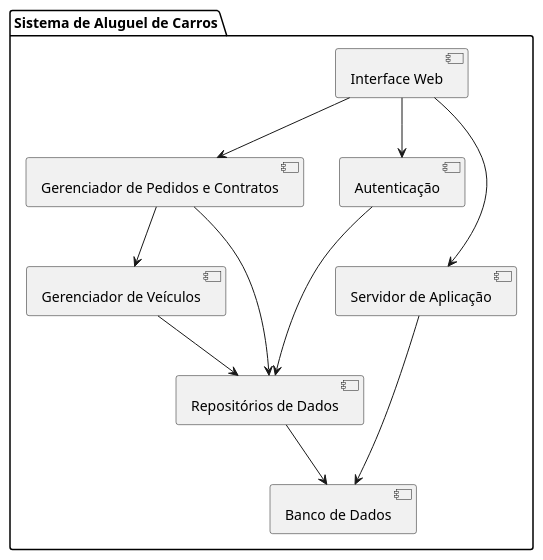
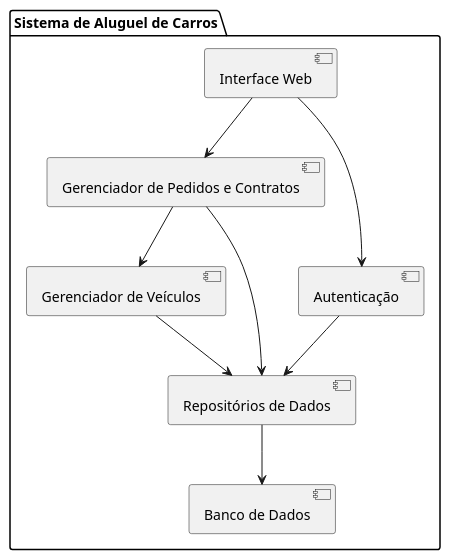
The diagram in projeto/Diagramas/diagrama-de-componentes.puml (diascw/sistema-aluguel-de-carros), drawn with PlantUML before and after one commit.

```diff
--- a/projeto/Diagramas/diagrama-de-componentes.puml
+++ b/projeto/Diagramas/diagrama-de-componentes.puml
@@ -1,20 +1,17 @@
 @startuml
 
 package "Sistema de Aluguel de Carros" {
 
     [Interface Web] --> [Gerenciador de Pedidos e Contratos]
     [Interface Web] --> [Autenticação]
     
     [Gerenciador de Pedidos e Contratos] --> [Gerenciador de Veículos]
     [Gerenciador de Pedidos e Contratos] --> [Repositórios de Dados]
 
     [Autenticação] --> [Repositórios de Dados]
     [Gerenciador de Veículos] --> [Repositórios de Dados]
     [Repositórios de Dados] --> [Banco de Dados]
 
-    [Interface Web] --> [Servidor de Aplicação]
-    [Servidor de Aplicação] --> [Banco de Dados]
-
 }
 
 @enduml
```
